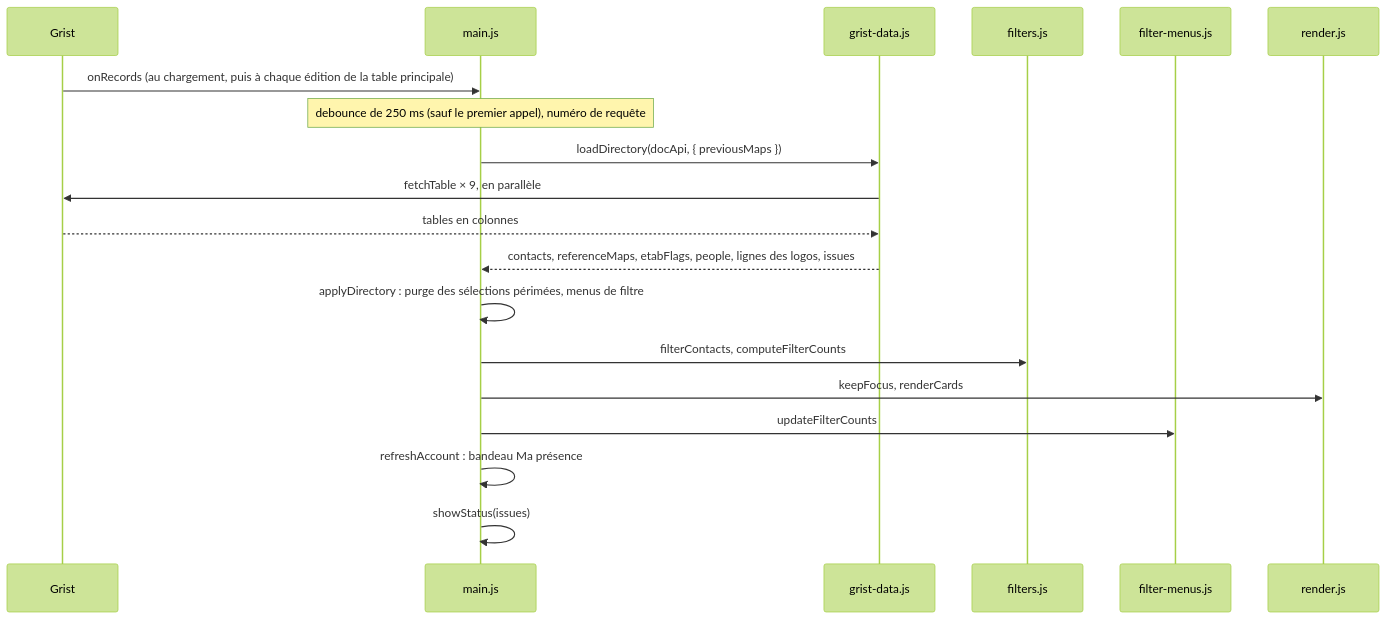
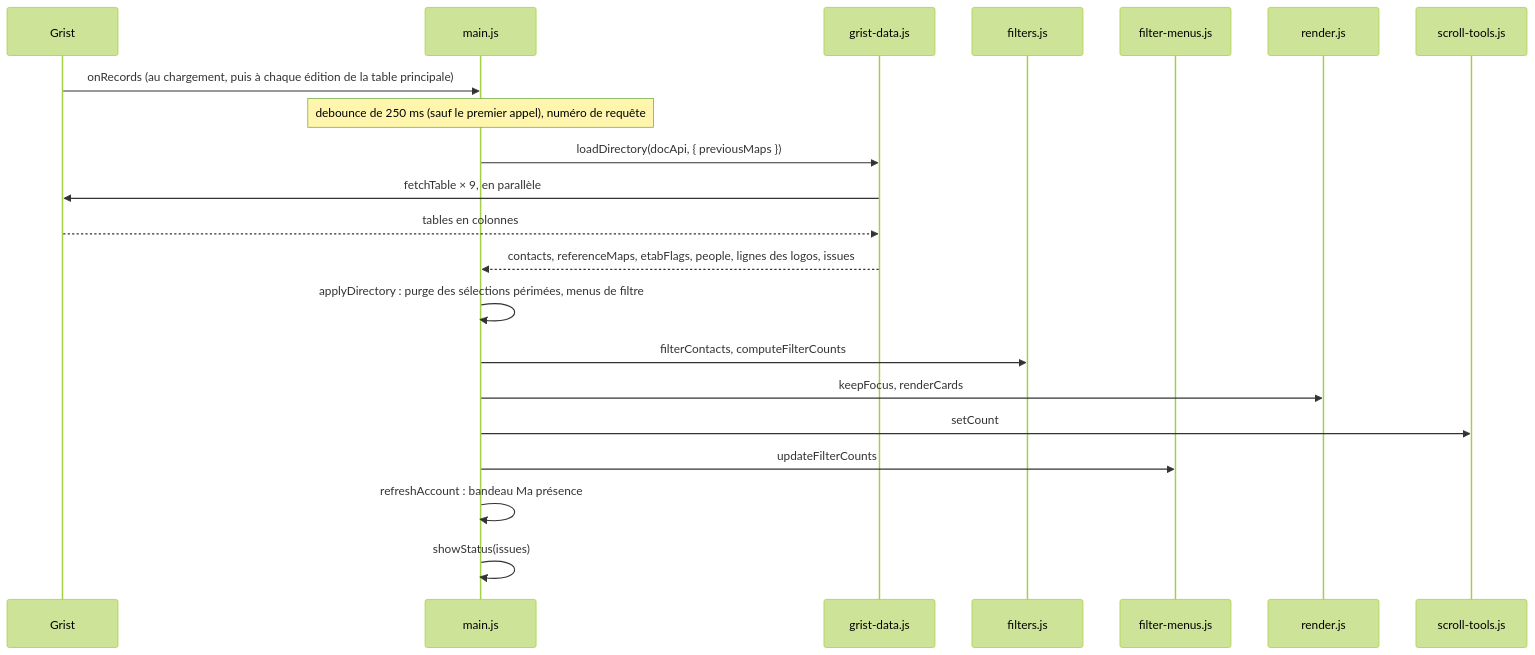
The third of 7 diagrams in docs/developpeurs.md (lombre33/Annuaire_PUI_Bordeaux), drawn with Mermaid (forest theme) before and after one commit. The commit also changed other lines of this file and 9 other files, not shown here.

````diff
--- a/docs/developpeurs.md
+++ b/docs/developpeurs.md
@@ -278,21 +278,23 @@
 ```mermaid
 sequenceDiagram
     participant G as Grist
     participant M as main.js
     participant D as grist-data.js
     participant F as filters.js
     participant FM as filter-menus.js
     participant R as render.js
+    participant ST as scroll-tools.js
     G->>M: onRecords (au chargement, puis à chaque édition de la table principale)
     Note over M: debounce de 250 ms (sauf le premier appel), numéro de requête
     M->>D: loadDirectory(docApi, { previousMaps })
     D->>G: fetchTable × 9, en parallèle
     G-->>D: tables en colonnes
     D-->>M: contacts, referenceMaps, etabFlags, people, lignes des logos, issues
     M->>M: applyDirectory : purge des sélections périmées, menus de filtre
     M->>F: filterContacts, computeFilterCounts
     M->>R: keepFocus, renderCards
+    M->>ST: setCount
     M->>FM: updateFilterCounts
     M->>M: refreshAccount : bandeau Ma présence
     M->>M: showStatus(issues)
 ```
````
